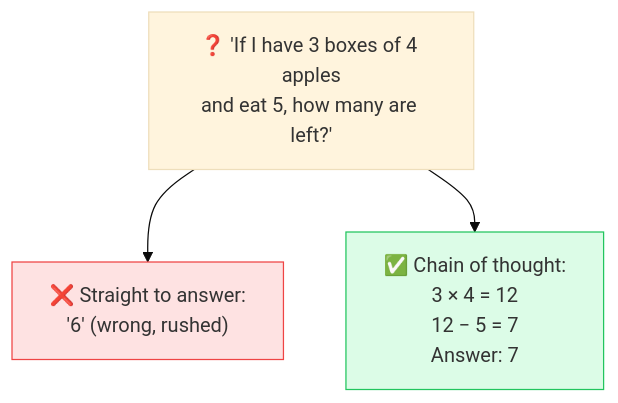
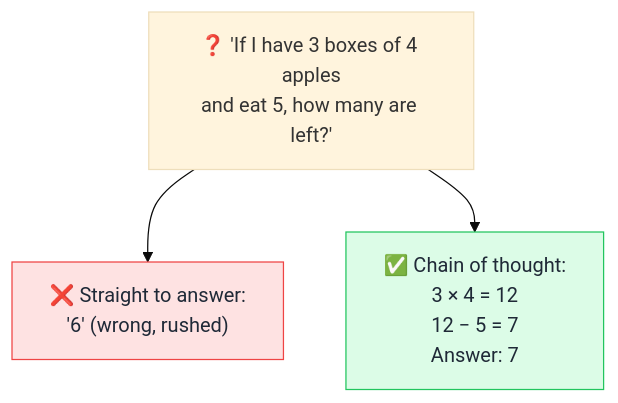
The diagram in concepts/chain-of-thought.md (behnia137/ai-for-beginners-visual), drawn with Mermaid (base theme) before and after one commit. The commit also changed 32 other files, not shown here.

First line of the commit message:
Fix mermaid box text contrast for dark/light mode

````diff
--- a/concepts/chain-of-thought.md
+++ b/concepts/chain-of-thought.md
@@ -7,8 +7,8 @@
 ```mermaid
 flowchart TB
     Q["❓ 'If I have 3 boxes of 4 apples<br/>and eat 5, how many are left?'"]
     Q --> X["❌ Straight to answer:<br/>'6' (wrong, rushed)"]
     Q --> C["✅ Chain of thought:<br/>3 × 4 = 12<br/>12 − 5 = 7<br/>Answer: 7"]
-    style X fill:#fee2e2,stroke:#ef4444
-    style C fill:#dcfce7,stroke:#22c55e
+    style X fill:#fee2e2,stroke:#ef4444,color:#1f2937
+    style C fill:#dcfce7,stroke:#22c55e,color:#1f2937
 ```
````
